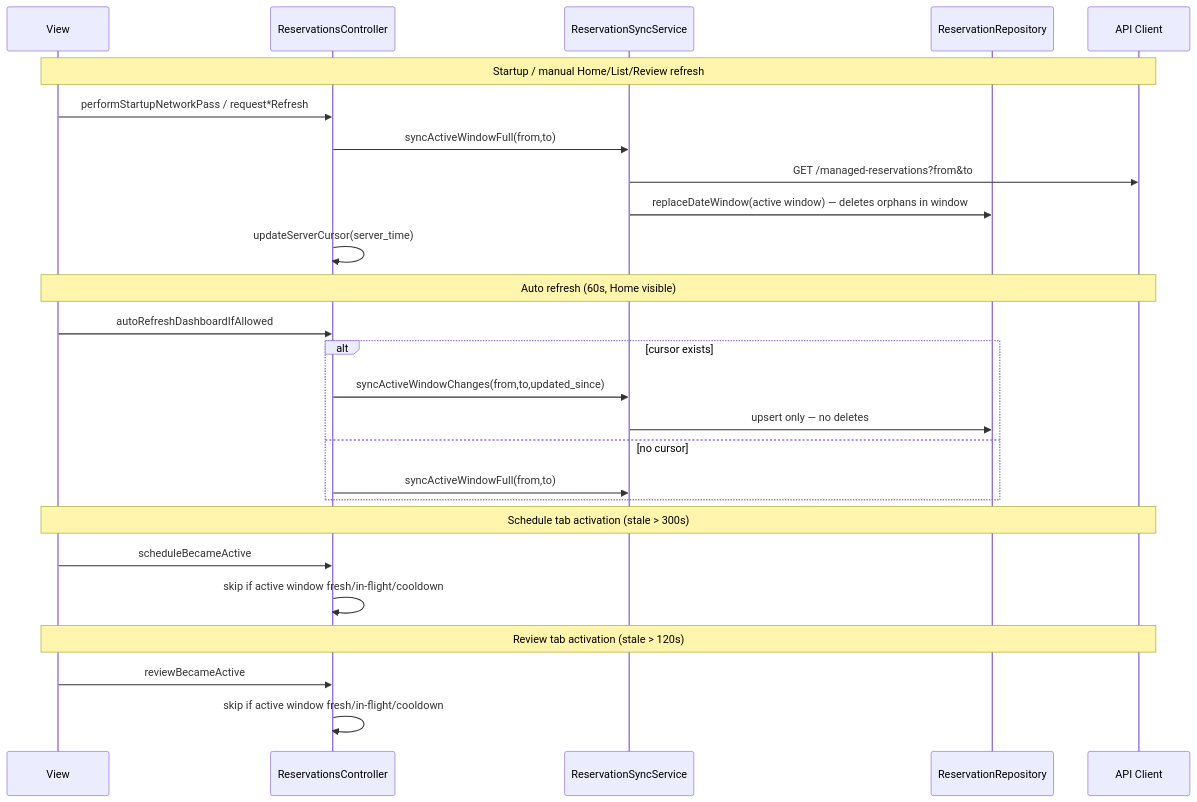
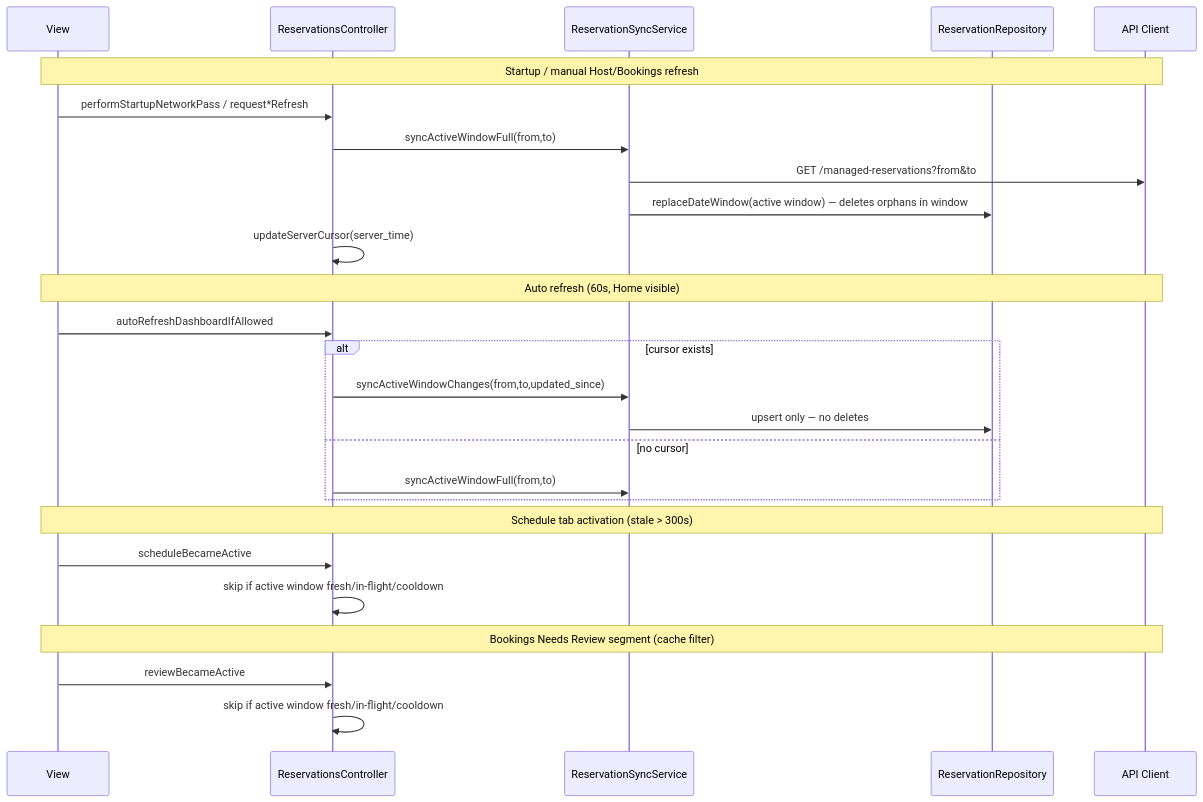
One commit to bohdan462/Reservation-iOS-App changed the fourth of 12 diagrams in ARCHITECTURE_DIAGRAMS.md. Above: the diagram before and after it, drawn with Mermaid. The commit also changed other lines of this file and 17 other files, not shown here.

````diff
--- a/ARCHITECTURE_DIAGRAMS.md
+++ b/ARCHITECTURE_DIAGRAMS.md
@@ -147,32 +146,32 @@
 ```mermaid
 sequenceDiagram
     participant V as View
     participant C as ReservationsController
     participant S as ReservationSyncService
     participant R as ReservationRepository
     participant API as API Client
 
-    Note over V,API: Startup / manual Home/List/Review refresh
+    Note over V,API: Startup / manual Host/Bookings refresh
     V->>C: performStartupNetworkPass / request*Refresh
     C->>S: syncActiveWindowFull(from,to)
     S->>API: GET /managed-reservations?from&to
     S->>R: replaceDateWindow(active window) — deletes orphans in window
     C->>C: updateServerCursor(server_time)
 
     Note over V,API: Auto refresh (60s, Home visible)
     V->>C: autoRefreshDashboardIfAllowed
     alt cursor exists
         C->>S: syncActiveWindowChanges(from,to,updated_since)
         S->>R: upsert only — no deletes
     else no cursor
         C->>S: syncActiveWindowFull(from,to)
     end
 
     Note over V,API: Schedule tab activation (stale > 300s)
     V->>C: scheduleBecameActive
     C->>C: skip if active window fresh/in-flight/cooldown
 
-    Note over V,API: Review tab activation (stale > 120s)
+    Note over V,API: Bookings Needs Review segment (cache filter)
     V->>C: reviewBecameActive
     C->>C: skip if active window fresh/in-flight/cooldown
 ```
````
